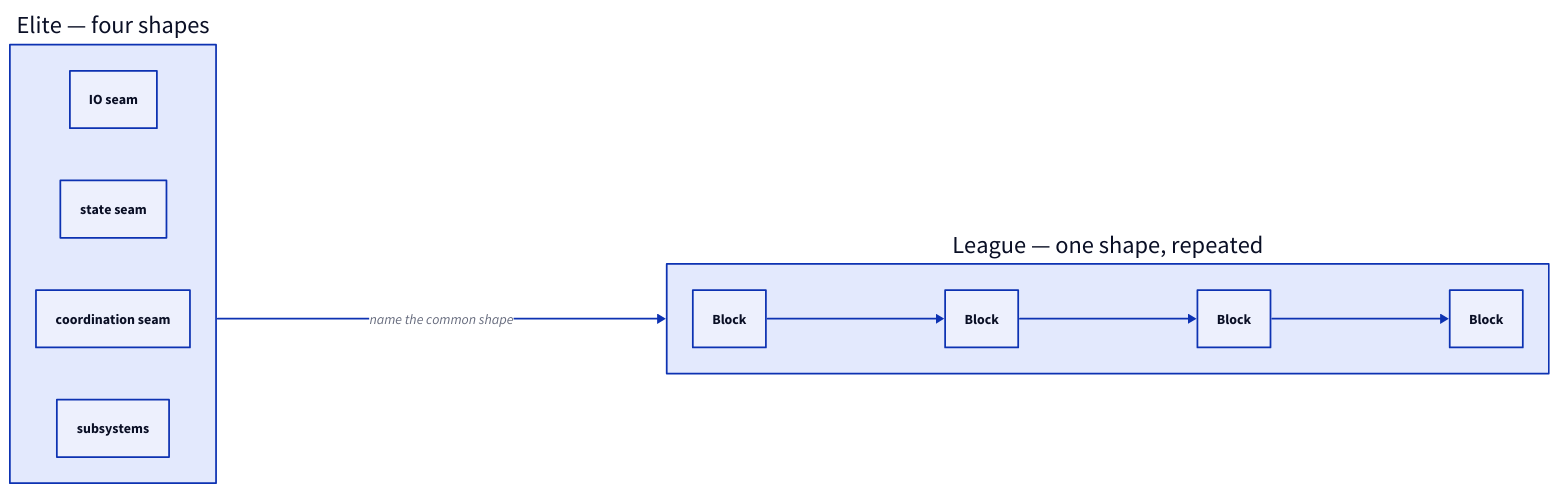
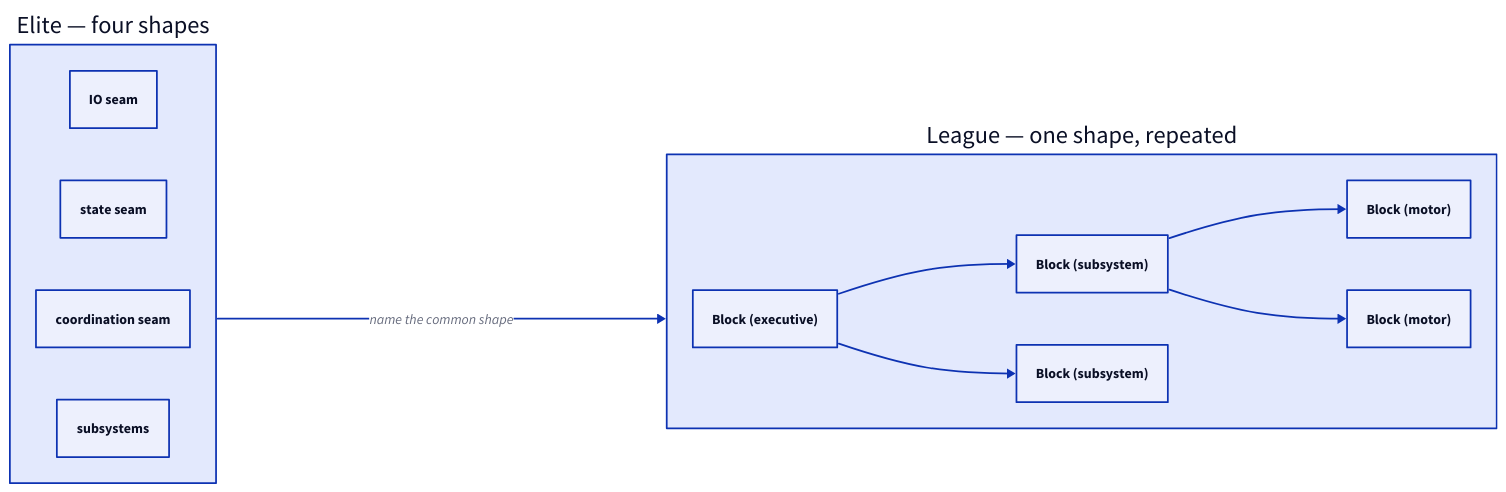
Before and after one commit to League-Robotics/frc-code-scout: the diagram in docs/elite-arch/part-3/24-elite-to-league.md, drawn with D2. The commit also changed other lines of this file and 42 other files, not shown here.

````diff
--- a/docs/elite-arch/part-3/24-elite-to-league.md
+++ b/docs/elite-arch/part-3/24-elite-to-league.md
@@ -41,19 +47,21 @@
 ```d2
 direction: right
 ELITE: "Elite — four shapes" {
   IO: IO seam
   STATE: state seam
   COORD: coordination seam
   SUBS: subsystems
 }
 LEAGUE: "League — one shape, repeated" {
-  B1: Block
-  B2: Block
-  B3: Block
-  B4: Block
-  B1 -> B2
-  B2 -> B3
-  B3 -> B4
+  EXEC: "Block (executive)"
+  S1: "Block (subsystem)"
+  S2: "Block (subsystem)"
+  M1: "Block (motor)"
+  M2: "Block (motor)"
+  EXEC -> S1
+  EXEC -> S2
+  S1 -> M1
+  S1 -> M2
 }
 ELITE -> LEAGUE: "name the common shape"
 ```
````
